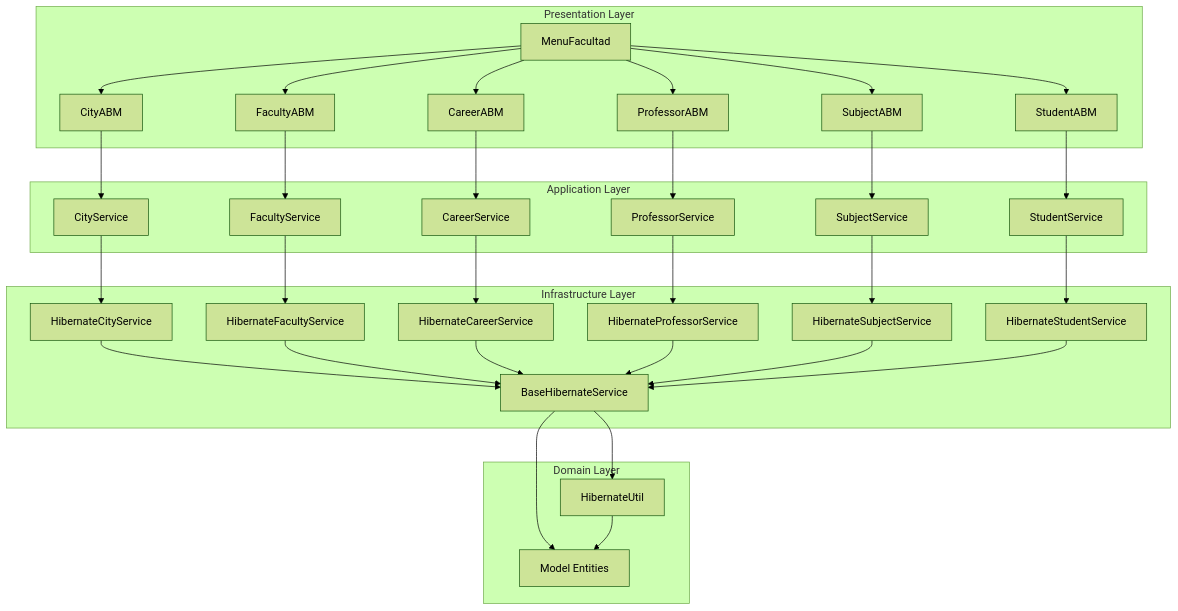
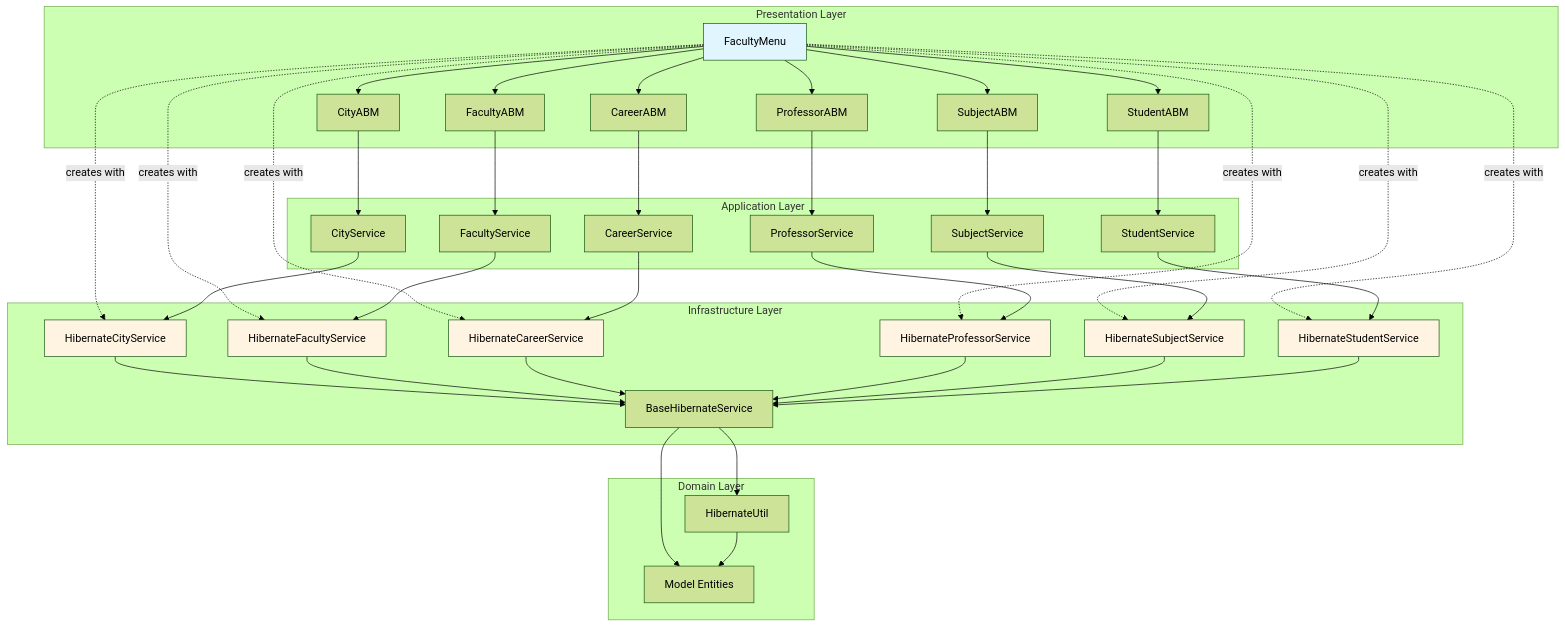
The diagram in docs/diagrams/architecture.md (MogliatiJuan/hibernate_project), drawn with Mermaid (forest theme) before and after one commit. The commit also changed other lines of this file and 6 other files, not shown here.

````diff
--- a/docs/diagrams/architecture.md
+++ b/docs/diagrams/architecture.md
@@ -5,7 +7,7 @@
 ```mermaid
 graph TB
     subgraph "Presentation Layer"
-        A[MenuFacultad]
+        A[FacultyMenu]
         B[CityABM]
         C[FacultyABM]
         D[CareerABM]
@@ -38,6 +40,13 @@
         V[HibernateUtil]
     end
     
+    A -.creates with.-> O
+    A -.creates with.-> P
+    A -.creates with.-> Q
+    A -.creates with.-> R
+    A -.creates with.-> S
+    A -.creates with.-> T
+    
     A --> B
     A --> C
     A --> D
@@ -69,4 +78,12 @@
     N --> V
     N --> U
     V --> U
+    
+    style A fill:#e1f5ff
+    style O fill:#fff4e1
+    style P fill:#fff4e1
+    style Q fill:#fff4e1
+    style R fill:#fff4e1
+    style S fill:#fff4e1
+    style T fill:#fff4e1
 ```
````
